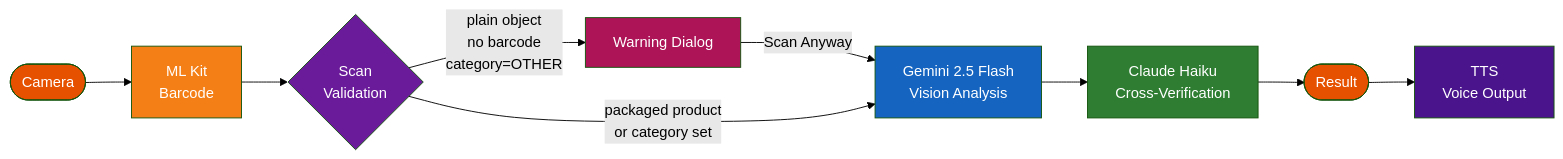
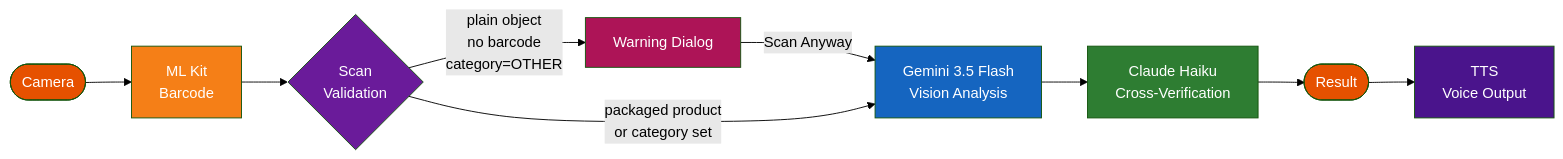
The first of 6 diagrams in README.md (lakshmanreddymv-bot/FakeProductDetector), drawn with Mermaid (forest theme) before and after one commit. The commit also changed other lines of this file, not shown here.

Commit message:
docs: gemini-3.5-flash + accurate test counts

````diff
--- a/README.md
+++ b/README.md
@@ -43,20 +43,20 @@
 ```mermaid
 flowchart LR
     CAM([Camera]) --> ML[ML Kit\nBarcode]
     ML --> VAL{Scan\nValidation}
     VAL -->|plain object\nno barcode\ncategory=OTHER| WARN[Warning Dialog]
     WARN -->|Scan Anyway| GEM
-    VAL -->|packaged product\nor category set| GEM[Gemini 2.5 Flash\nVision Analysis]
+    VAL -->|packaged product\nor category set| GEM[Gemini 3.5 Flash\nVision Analysis]
     GEM --> CLU[Claude Haiku\nCross-Verification]
     CLU --> RES([Result])
     RES --> TTS[TTS\nVoice Output]
 
     style CAM  fill:#e65100,color:#fff
     style ML   fill:#f57f17,color:#fff
     style VAL  fill:#6a1b9a,color:#fff
     style WARN fill:#ad1457,color:#fff
     style GEM  fill:#1565c0,color:#fff
     style CLU  fill:#2e7d32,color:#fff
     style RES  fill:#e65100,color:#fff
     style TTS  fill:#4a148c,color:#fff
 ```
````
